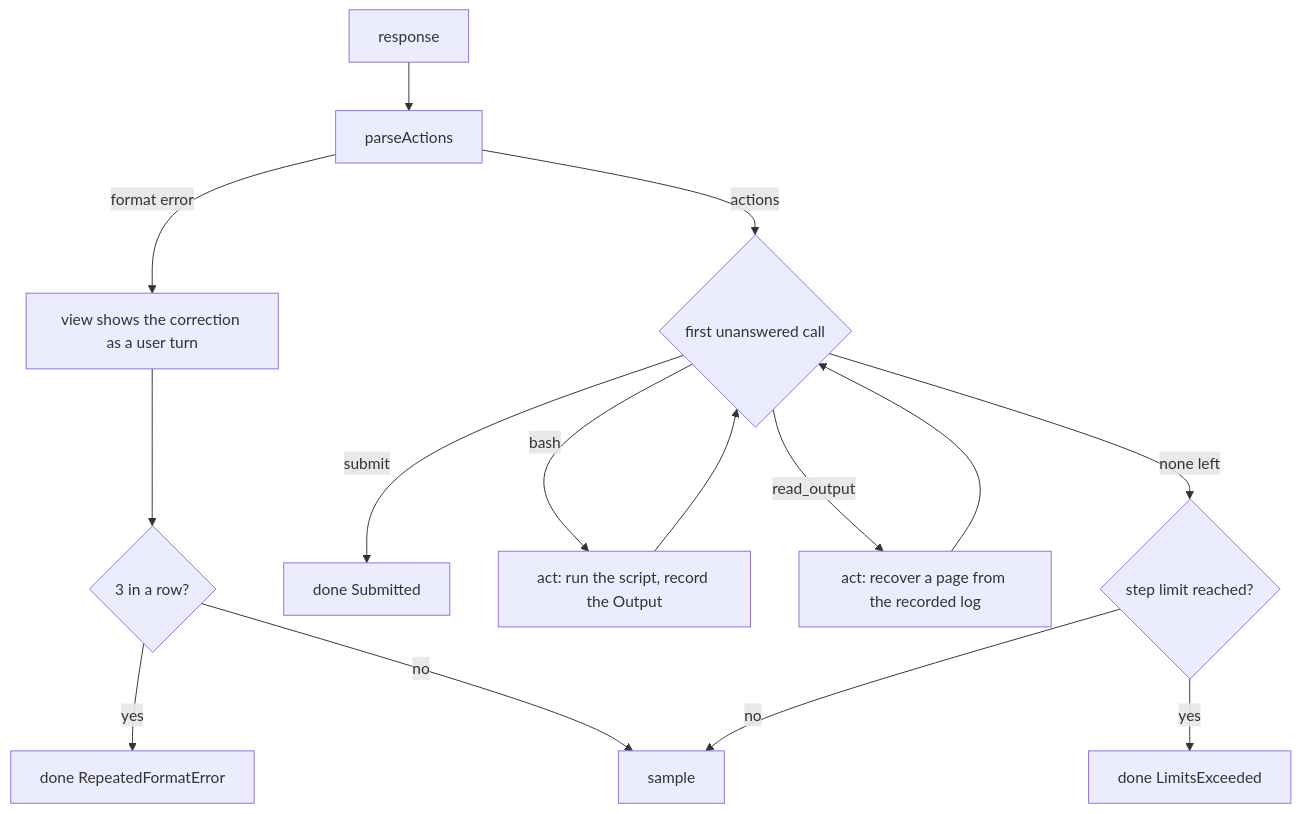
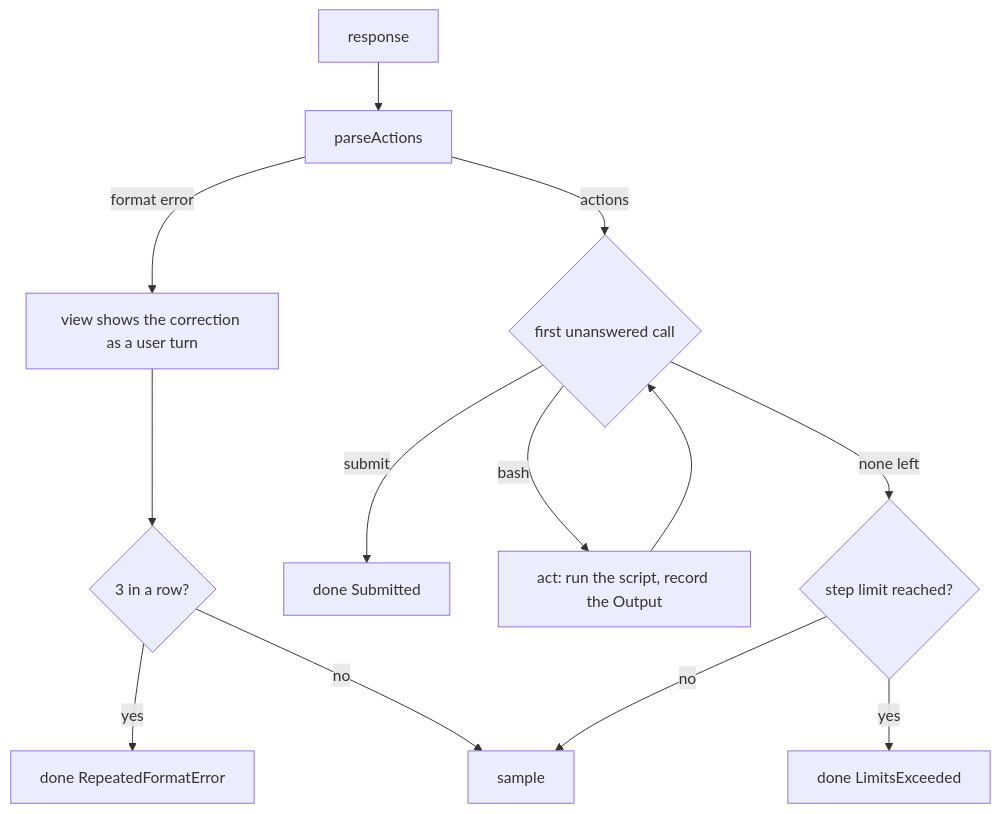
The second of 2 diagrams in docs/miniswe.md (pku-xht/alaya), drawn with Mermaid before and after one commit. The commit also changed other lines of this file and 22 other files, not shown here.

````diff
--- a/docs/miniswe.md
+++ b/docs/miniswe.md
@@ -157,17 +135,15 @@
 ```mermaid
 flowchart TD
   R["response"] --> P["parseActions"]
   P -->|"format error"| F["view shows the correction as a user turn"]
   F --> N1{"3 in a row?"}
   N1 -->|yes| D1["done RepeatedFormatError"]
   N1 -->|no| S["sample"]
   P -->|"actions"| A{"first unanswered call"}
   A -->|"submit"| D2["done Submitted"]
   A -->|"bash"| X["act: run the script, record the Output"]
   X --> A
-  A -->|"read_output"| O["act: recover a page from the recorded log"]
-  O --> A
   A -->|"none left"| L{"step limit reached?"}
   L -->|yes| D3["done LimitsExceeded"]
   L -->|no| S
 ```
````
